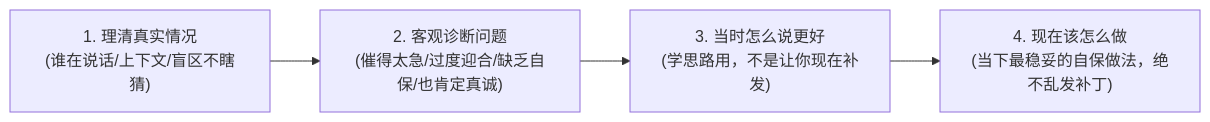
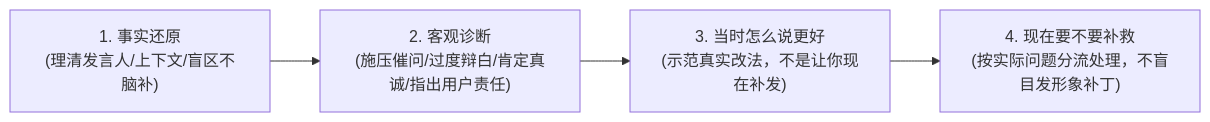
The second of 2 diagrams in README.md (CAoyinggo/emotional-push-pull), drawn with Mermaid before and after one commit. The commit also changed other lines of this file and 27 other files, not shown here.

````diff
--- a/README.md
+++ b/README.md
@@ -105,6 +192,6 @@
 ```mermaid
 flowchart LR
-    A["1. 理清真实情况<br/>(谁在说话/上下文/盲区不瞎猜)"] --> B["2. 客观诊断问题<br/>(催得太急/过度迎合/缺乏自保/也肯定真诚)"]
-    B --> C["3. 当时怎么说更好<br/>(学思路用，不是让你现在补发)"]
-    C --> D["4. 现在该怎么做<br/>(当下最稳妥的自保做法，绝不乱发补丁)"]
+    A["1. 事实还原<br/>(理清发言人/上下文/盲区不脑补)"] --> B["2. 客观诊断<br/>(施压催问/过度辩白/肯定真诚/指出用户责任)"]
+    B --> C["3. 当时怎么说更好<br/>(示范真实改法，不是让你现在补发)"]
+    C --> D["4. 现在要不要补救<br/>(按实际问题分流处理，不盲目发形象补丁)"]
 ```
````
